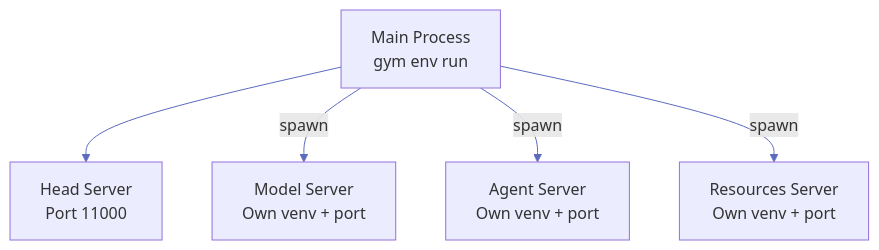
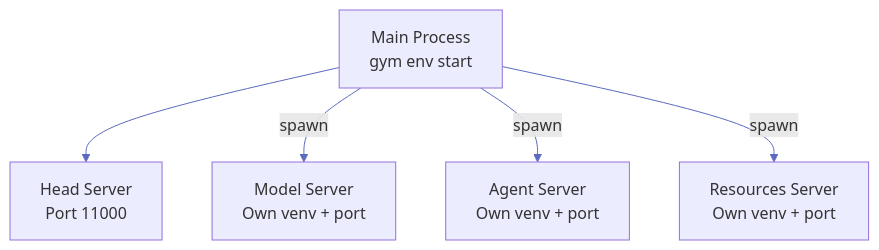
One commit to NVIDIA-NeMo/Gym changed the second of 4 diagrams in fern/versions/latest/pages/infrastructure/engineering-notes/system-design.mdx. Above: the diagram before and after it, drawn with Mermaid. The commit also changed other lines of this file and 180 other files, not shown here.

Commit message:
fix: name gym env run -> gym env start

````diff
--- a/fern/versions/latest/pages/infrastructure/engineering-notes/system-design.mdx
+++ b/fern/versions/latest/pages/infrastructure/engineering-notes/system-design.mdx
@@ -47,14 +47,14 @@
 ```mermaid
 %%{init: {'theme': 'default', 'themeVariables': { 'lineColor': '#5c6bc0', 'primaryTextColor': '#333'}}}%%
 flowchart TB
-    Main["Main Process<br/>gym env run"]
+    Main["Main Process<br/>gym env start"]
     Head["Head Server<br/>Port 11000"]
     Model["Model Server<br/>Own venv + port"]
     Agent["Agent Server<br/>Own venv + port"]
     Resources["Resources Server<br/>Own venv + port"]
     
     Main --> Head
     Main -->|spawn| Model
     Main -->|spawn| Agent
     Main -->|spawn| Resources
 ```
````
